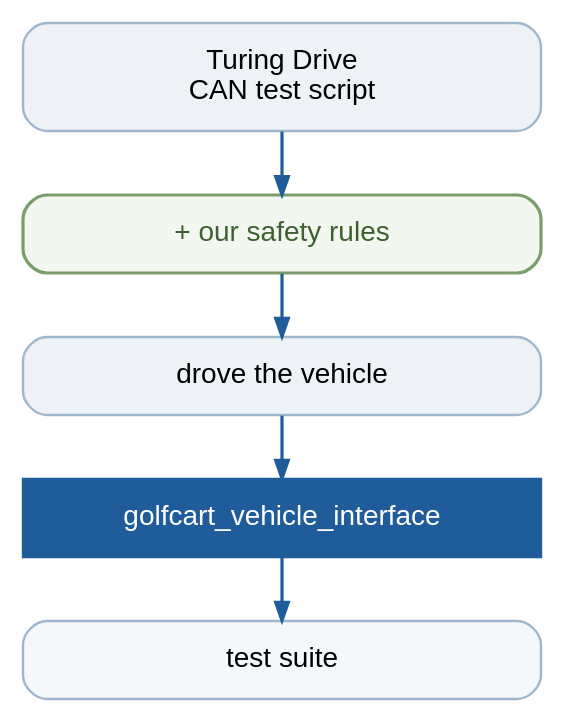
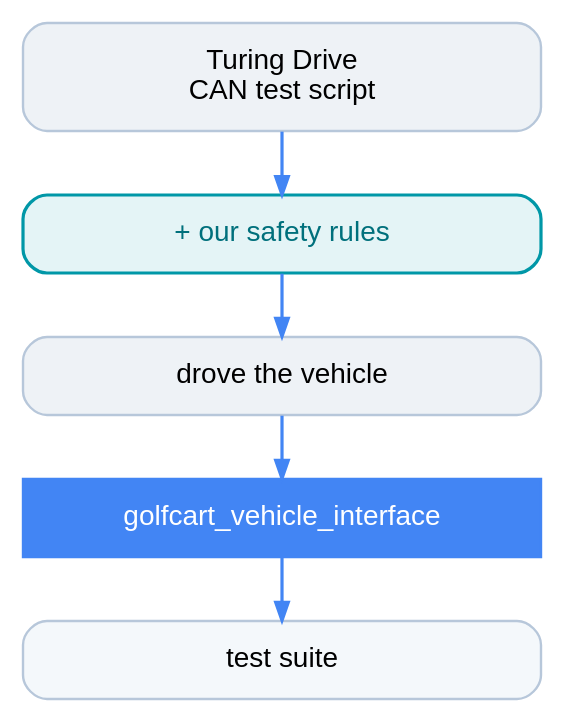
One commit to NEWSLabNTU/2026-golf-cart changed the diagram in docs/reports/assets/vcu_lineage.dot. Above: the diagram before and after it, drawn with Graphviz. The commit also changed 12 other files, not shown here.

```diff
--- a/docs/reports/assets/vcu_lineage.dot
+++ b/docs/reports/assets/vcu_lineage.dot
@@ -1,23 +1,23 @@
 // Slide: how the vehicle interface was built. A chain, so draw the chain --
 // vertically, because horizontally five boxes make a 13:1 strip whose text is
 // unreadable at slide scale. Vertical leaves the right half of the slide for
 // prose.
 //   dot -Tpng -Gdpi=150 vcu_lineage.dot -o vcu_lineage.png
 digraph lineage {
   rankdir=TB; bgcolor="white"; nodesep=0.3; ranksep=0.45;
   fontname="Helvetica";
   node [shape=box, style="rounded,filled", fontname="Helvetica", fontsize=14,
-        color="#9fb6cc", fillcolor="#f4f8fb", penwidth=1.2, margin="0.26,0.16",
+        color="#B7C7DA", fillcolor="#f4f8fb", penwidth=1.2, margin="0.26,0.16",
         width=3.6];
-  edge [color="#1f5c99", arrowsize=0.9, penwidth=1.6];
+  edge [color="#4285F4", arrowsize=0.9, penwidth=1.6];
 
   a [label="Turing Drive\nCAN test script", fillcolor="#eef2f6"];
-  b [label="+ our safety rules", color="#7a9e6a", fillcolor="#f2f7ef",
-     fontcolor="#3f6030", penwidth=1.6];
+  b [label="+ our safety rules", color="#0097A7", fillcolor="#E4F4F6",
+     fontcolor="#00707C", penwidth=1.6];
   c [label="drove the vehicle", fillcolor="#eef2f6"];
   d [label="golfcart_vehicle_interface", shape=box, style="filled",
-     fillcolor="#1f5c99", fontcolor="white", color="#1f5c99"];
+     fillcolor="#4285F4", fontcolor="white", color="#4285F4"];
   e [label="test suite"];
 
   a -> b -> c -> d -> e;
 }
```
